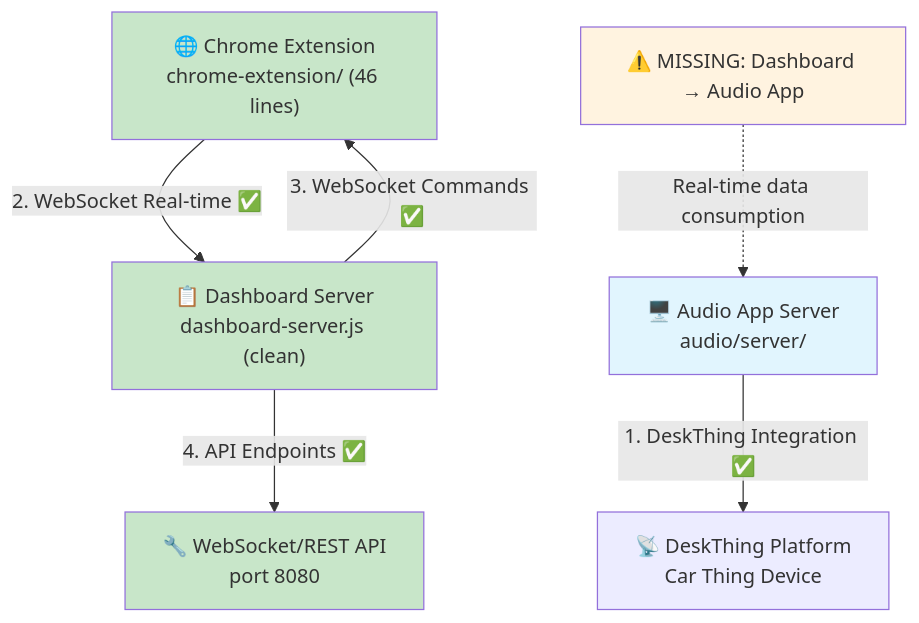
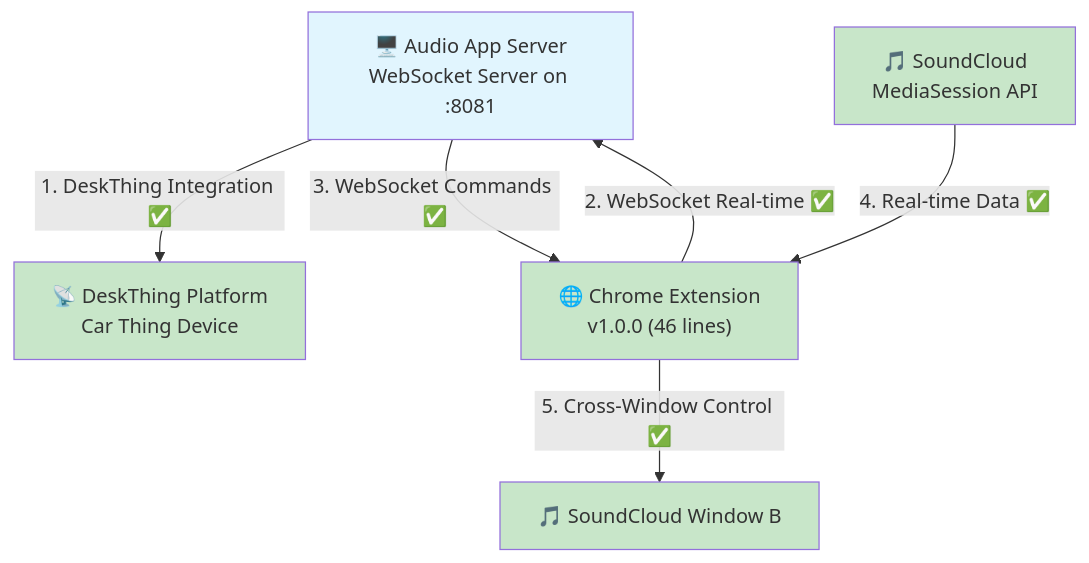
Before and after one commit to ItsRiprod/Deskthing-Apps: the first of 2 diagrams in ARCHITECTURE.md, drawn with Mermaid. The commit also changed other lines of this file and 9 other files, not shown here.

Commit message:
Refactor audio app for direct Chrome extension integration and version update to 1.0.0

````diff
--- a/ARCHITECTURE.md
+++ b/ARCHITECTURE.md
@@ -9,15 +9,15 @@
 ```mermaid
 graph TD
-    A["🖥️ Audio App Server<br/>audio/server/"] -->|"1. DeskThing Integration ✅"| B["📡 DeskThing Platform<br/>Car Thing Device"]
-    C["🌐 Chrome Extension<br/>chrome-extension/ (46 lines)"] -->|"2. WebSocket Real-time ✅"| D["📋 Dashboard Server<br/>dashboard-server.js (clean)"]
-    D -->|"3. WebSocket Commands ✅"| C
-    D -->|"4. API Endpoints ✅"| E["🔧 WebSocket/REST API<br/>port 8080"]
+    A["🖥️ Audio App Server<br/>WebSocket Server on :8081"] -->|"1. DeskThing Integration ✅"| B["📡 DeskThing Platform<br/>Car Thing Device"]
+    C["🌐 Chrome Extension<br/>v1.0.0 (46 lines)"] -->|"2. WebSocket Real-time ✅"| A
+    A -->|"3. WebSocket Commands ✅"| C
     
-    F["⚠️ MISSING: Dashboard → Audio App"] -.->|"Real-time data consumption"| A
+    D["🎵 SoundCloud<br/>MediaSession API"] -->|"4. Real-time Data ✅"| C
+    C -->|"5. Cross-Window Control ✅"| E["🎵 SoundCloud Window B"]
     
     style A fill:#e1f5fe
+    style B fill:#c8e6c9
     style C fill:#c8e6c9
     style D fill:#c8e6c9
     style E fill:#c8e6c9
-    style F fill:#fff3e0
 ```
````
